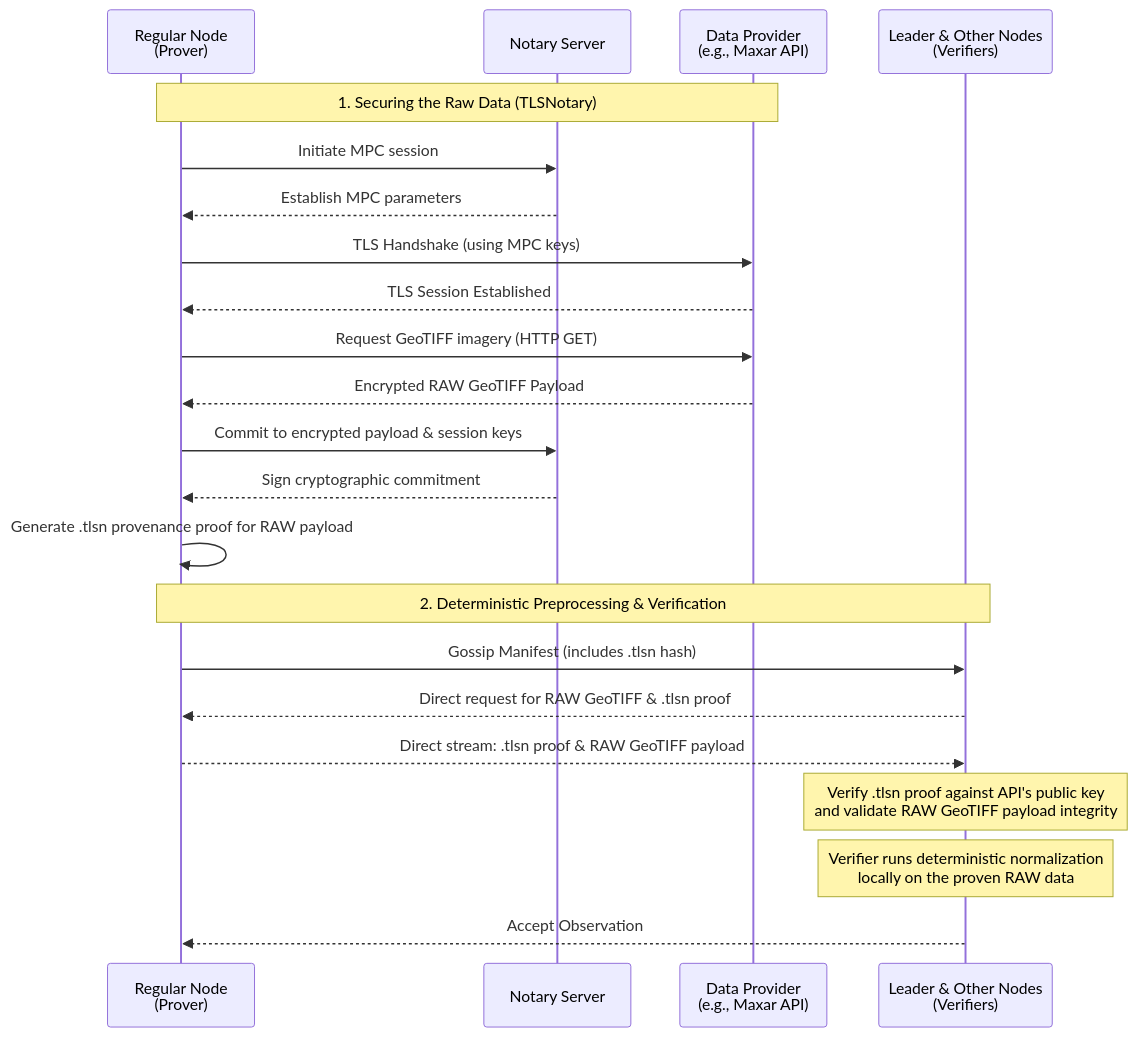
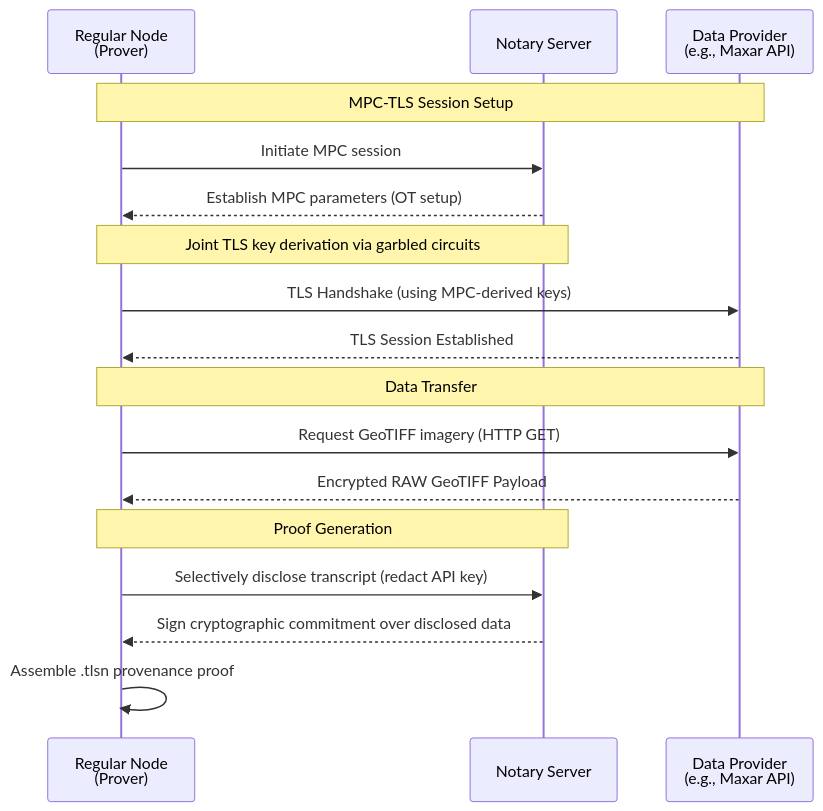
Before and after one commit to Hubble-Labs/iris: diagram 11 of 12 in docs/architecture.md, drawn with Mermaid. The commit also changed other lines of this file and 4 other files, not shown here.

Commit message:
docs: update architecture with comprehensive system design and remove outdated documentation files

````diff
--- a/docs/architecture.md
+++ b/docs/architecture.md
@@ -699,26 +841,22 @@
 ```mermaid
 sequenceDiagram
     participant Node as Regular Node<br/>(Prover)
     participant Notary as Notary Server
     participant API as Data Provider<br/>(e.g., Maxar API)
-    participant Verifier as Leader & Other Nodes<br/>(Verifiers)
 
-    Note over Node, API: 1. Securing the Raw Data (TLSNotary)
+    Note over Node, API: MPC-TLS Session Setup
     Node->>Notary: Initiate MPC session
-    Notary-->>Node: Establish MPC parameters
-    Node->>API: TLS Handshake (using MPC keys)
+    Notary-->>Node: Establish MPC parameters (OT setup)
+    Note over Node, Notary: Joint TLS key derivation via garbled circuits
+    Node->>API: TLS Handshake (using MPC-derived keys)
     API-->>Node: TLS Session Established
+
+    Note over Node, API: Data Transfer
     Node->>API: Request GeoTIFF imagery (HTTP GET)
     API-->>Node: Encrypted RAW GeoTIFF Payload
-    Node->>Notary: Commit to encrypted payload & session keys
-    Notary-->>Node: Sign cryptographic commitment
-    Node->>Node: Generate .tlsn provenance proof for RAW payload
 
-    Note over Node, Verifier: 2. Deterministic Preprocessing & Verification
-    Node->>Verifier: Gossip Manifest (includes .tlsn hash)
-    Verifier-->>Node: Direct request for RAW GeoTIFF & .tlsn proof
-    Node-->>Verifier: Direct stream: .tlsn proof & RAW GeoTIFF payload
-    Note over Verifier: Verify .tlsn proof against API's public key<br/>and validate RAW GeoTIFF payload integrity
-    Note over Verifier: Verifier runs deterministic normalization<br/>locally on the proven RAW data
-    Verifier-->>Node: Accept Observation
+    Note over Node, Notary: Proof Generation
+    Node->>Notary: Selectively disclose transcript (redact API key)
+    Notary-->>Node: Sign cryptographic commitment over disclosed data
+    Node->>Node: Assemble .tlsn provenance proof
 ```
````
